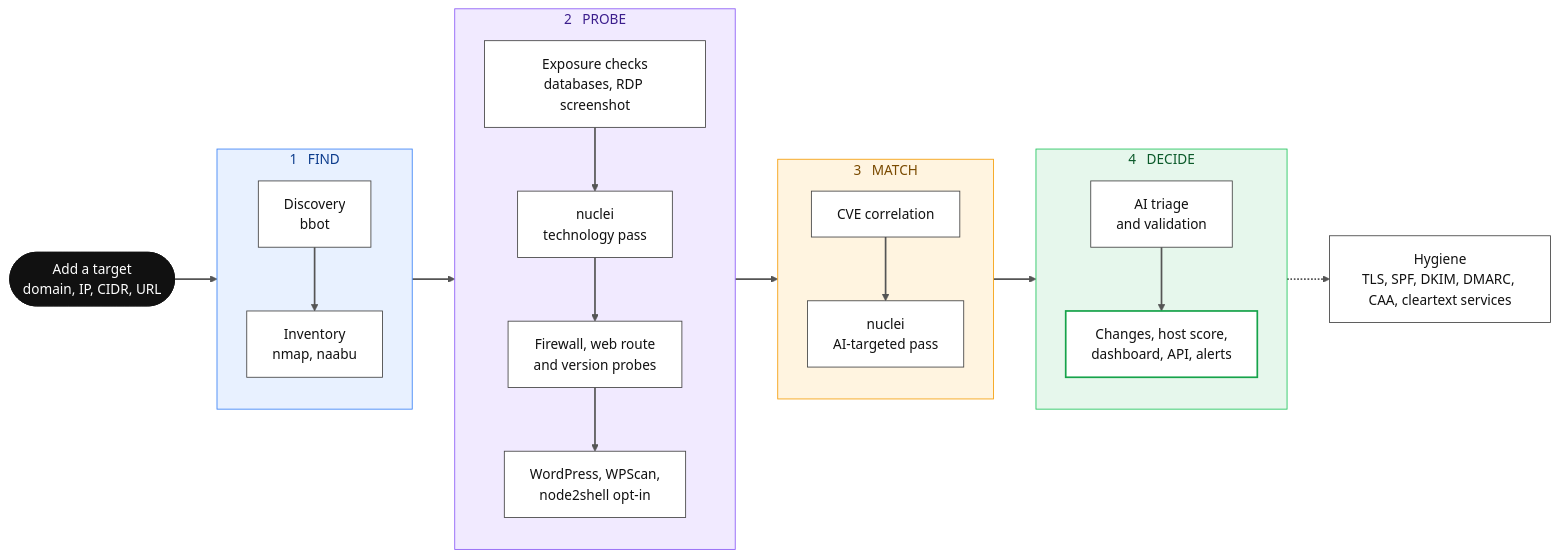
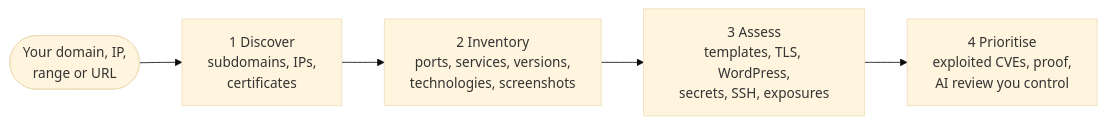
One commit to zqf20096327/ai_collect changed the diagram in data/readmes/hevnsnt__CVEngine.md. Above: the diagram before and after it, drawn with Mermaid (base theme). The commit also changed other lines of this file and 2362 other files, not shown here.

````diff
--- a/data/readmes/hevnsnt__CVEngine.md
+++ b/data/readmes/hevnsnt__CVEngine.md
@@ -79,43 +73,7 @@
 ```mermaid
 flowchart LR
-    T(["Add a target<br/>domain, IP, CIDR, URL"])
-
-    subgraph FIND["1 &nbsp; FIND"]
-        direction TB
-        D["Discovery<br/>bbot"] --> I["Inventory<br/>nmap, naabu"]
-    end
-
-    subgraph PROBE["2 &nbsp; PROBE"]
-        direction TB
-        X["Exposure checks<br/>databases, RDP screenshot"] --> N1["nuclei<br/>technology pass"] --> R["Firewall, web route<br/>and version probes"] --> W["WordPress, WPScan,<br/>node2shell opt-in"]
-    end
-
-    subgraph MATCH["3 &nbsp; MATCH"]
-        direction TB
-        C["CVE correlation"] --> N2["nuclei<br/>AI-targeted pass"]
-    end
-
-    subgraph DECIDE["4 &nbsp; DECIDE"]
-        direction TB
-        A["AI triage<br/>and validation"] --> O["Changes, host score,<br/>dashboard, API, alerts"]
-    end
-
-    H["Hygiene<br/>TLS, SPF, DKIM, DMARC, CAA, cleartext services"]
-
-    T --> FIND --> PROBE --> MATCH --> DECIDE
-    DECIDE -.-> H
-
-    style FIND fill:#e8f1ff,stroke:#3b82f6,color:#0b3b8c
-    style PROBE fill:#f1eaff,stroke:#8b5cf6,color:#3b1d8c
-    style MATCH fill:#fff4e0,stroke:#f59e0b,color:#7a4a00
-    style DECIDE fill:#e6f7ec,stroke:#22c55e,color:#0b5a2a
-    linkStyle default stroke:#555,stroke-width:2px
-
-    classDef start fill:#111,stroke:#111,color:#fff
-    classDef step fill:#fff,stroke:#444,color:#111
-    classDef out fill:#fff,stroke:#16a34a,stroke-width:2px,color:#111
-    class T start
-    class D,I,X,N1,R,W,C,N2,A step
-    class O out
-    class H step
+    T(["Your domain, IP,<br/>range or URL"]) --> D["1 Discover<br/>subdomains, IPs,<br/>certificates"]
+    D --> I["2 Inventory<br/>ports, services, versions,<br/>technologies, screenshots"]
+    I --> A["3 Assess<br/>templates, TLS, WordPress,<br/>secrets, SSH, exposures"]
+    A --> P["4 Prioritise<br/>exploited CVEs, proof,<br/>AI review you control"]
 ```
````
